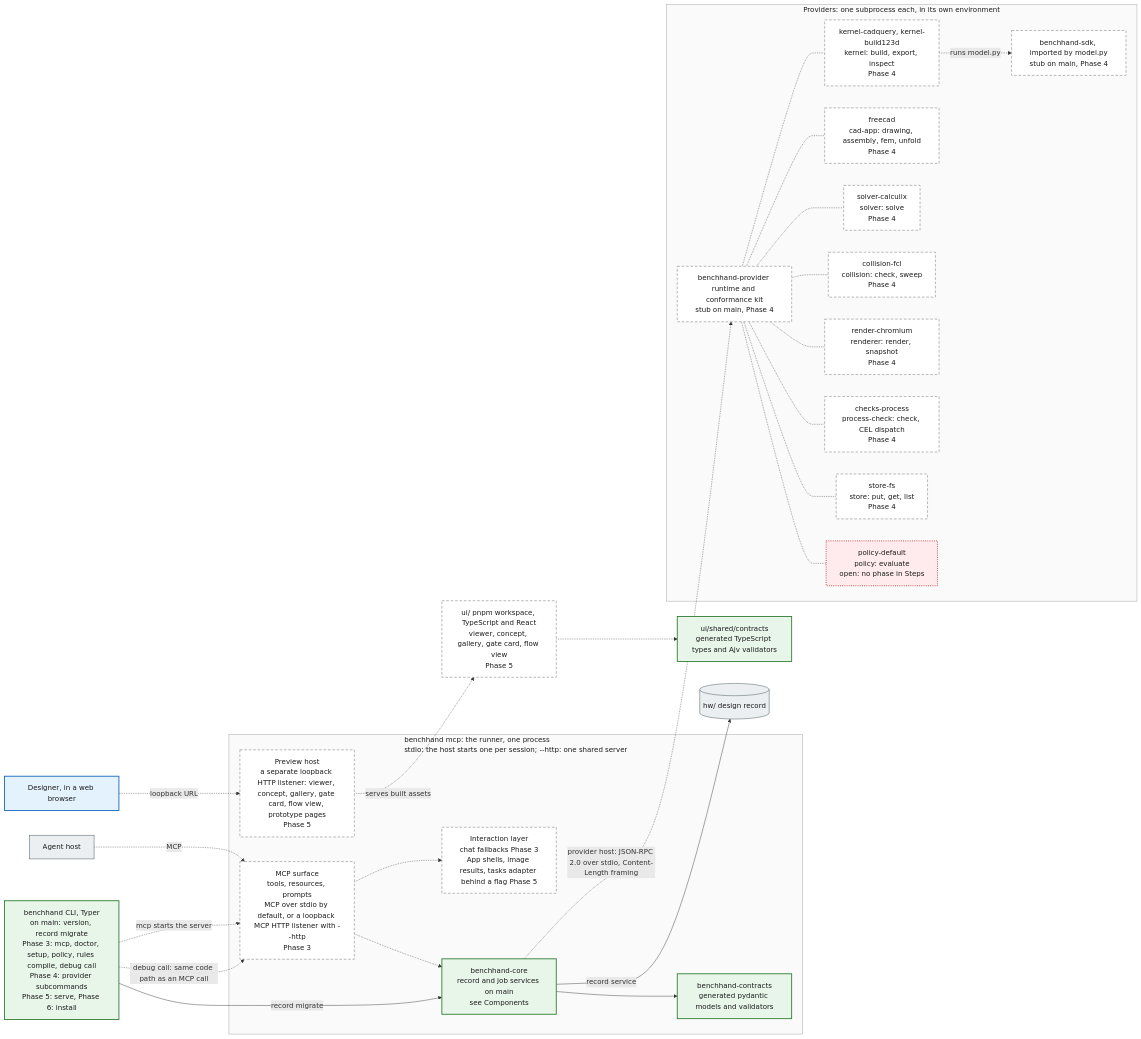
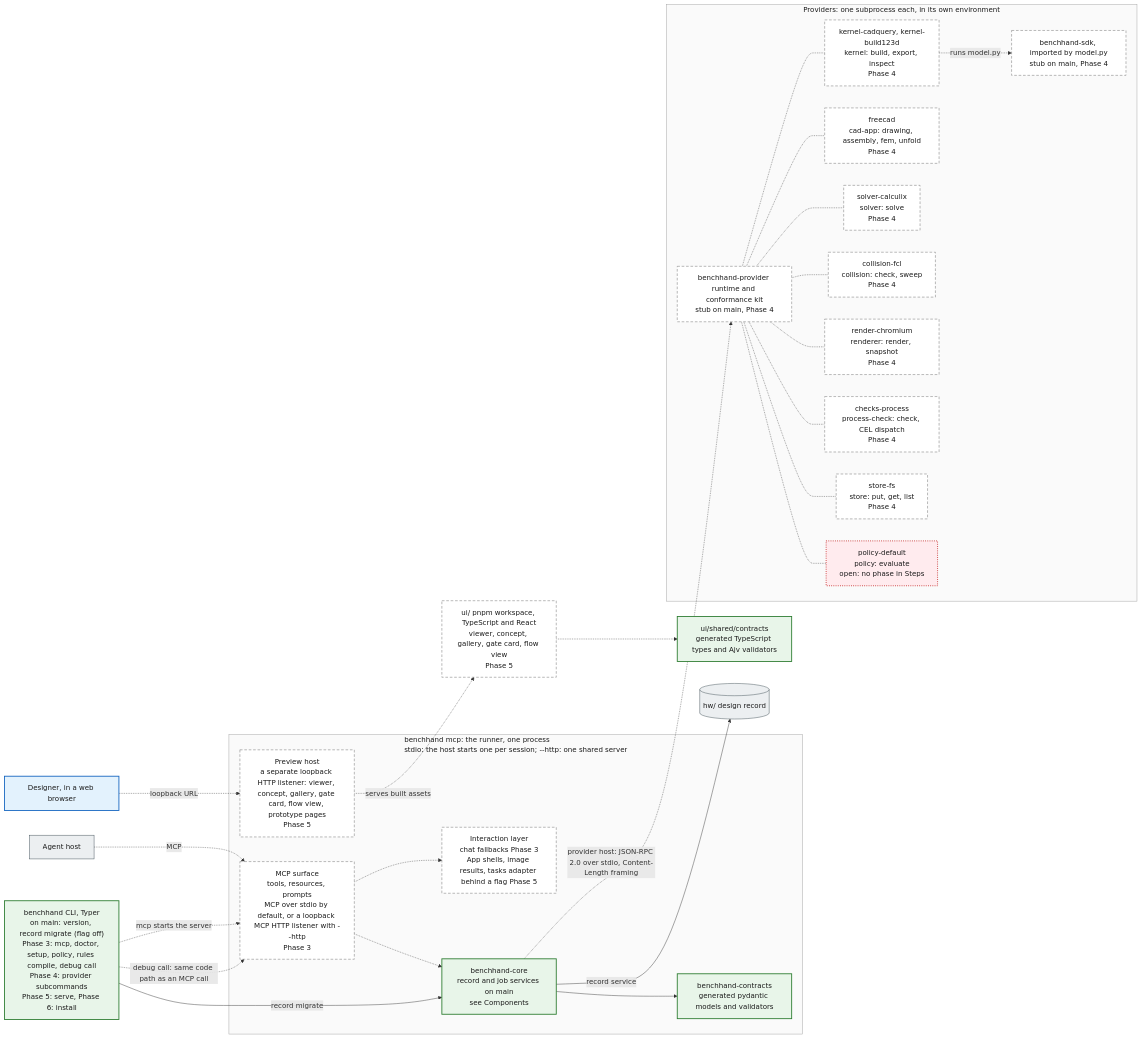
Before and after one commit to benchhand/benchhand-next: the first of 3 diagrams in docs/architecture/containers.md, drawn with Mermaid. The commit also changed other lines of this file and 11 other files, not shown here.

First line of the commit message:
docs: record migration is behind a flag and not offered at the first release

````diff
--- a/docs/architecture/containers.md
+++ b/docs/architecture/containers.md
@@ -8,57 +8,57 @@
 ```mermaid
 flowchart LR
   host["Agent host"]:::ext
   person["Designer, in a web browser"]:::person
 
   subgraph process["benchhand mcp: the runner, one process<br/>stdio: the host starts one per session; --http: one shared server"]
     surface["MCP surface<br/>tools, resources, prompts<br/>MCP over stdio by default, or a loopback MCP HTTP listener with --http<br/>Phase 3"]:::planned
     interaction["Interaction layer<br/>chat fallbacks Phase 3<br/>App shells, image results, tasks adapter behind a flag Phase 5"]:::planned
     preview["Preview host<br/>a separate loopback HTTP listener: viewer, concept, gallery, gate card, flow view, prototype pages<br/>Phase 5"]:::planned
     core["benchhand-core<br/>record and job services on main<br/>see Components"]:::impl
     contractsPkg["benchhand-contracts<br/>generated pydantic models and validators"]:::impl
   end
 
-  cli["benchhand CLI, Typer<br/>on main: version, record migrate<br/>Phase 3: mcp, doctor, setup, policy, rules compile, debug call<br/>Phase 4: provider subcommands<br/>Phase 5: serve, Phase 6: install"]:::impl
+  cli["benchhand CLI, Typer<br/>on main: version, record migrate (flag off)<br/>Phase 3: mcp, doctor, setup, policy, rules compile, debug call<br/>Phase 4: provider subcommands<br/>Phase 5: serve, Phase 6: install"]:::impl
 
   subgraph providers["Providers: one subprocess each, in its own environment"]
     providerRuntime["benchhand-provider runtime and conformance kit<br/>stub on main, Phase 4"]:::planned
     kernels["kernel-cadquery, kernel-build123d<br/>kernel: build, export, inspect<br/>Phase 4"]:::planned
     sdk["benchhand-sdk, imported by model.py<br/>stub on main, Phase 4"]:::planned
     freecadProvider["freecad<br/>cad-app: drawing, assembly, fem, unfold<br/>Phase 4"]:::planned
     solver["solver-calculix<br/>solver: solve<br/>Phase 4"]:::planned
     collision["collision-fcl<br/>collision: check, sweep<br/>Phase 4"]:::planned
     renderer["render-chromium<br/>renderer: render, snapshot<br/>Phase 4"]:::planned
     checks["checks-process<br/>process-check: check, CEL dispatch<br/>Phase 4"]:::planned
     store["store-fs<br/>store: put, get, list<br/>Phase 4"]:::planned
     policy["policy-default<br/>policy: evaluate<br/>open: no phase in Steps"]:::open
   end
 
   ui["ui/ pnpm workspace, TypeScript and React<br/>viewer, concept, gallery, gate card, flow view<br/>Phase 5"]:::planned
   uiShared["ui/shared/contracts<br/>generated TypeScript types and Ajv validators"]:::impl
   hw[("hw/ design record")]:::ext
 
   host -.->|"MCP"| surface
   surface -.-> interaction
   surface -.-> core
   person -.->|"loopback URL"| preview
   preview -.->|"serves built assets"| ui
   ui -.-> uiShared
   cli -.->|"mcp starts the server"| surface
   cli -.->|"debug call: same code path as an MCP call"| surface
   cli -->|"record migrate"| core
   core --> contractsPkg
   core -->|"record service"| hw
   core -.->|"provider host: JSON-RPC 2.0 over stdio, Content-Length framing"| providerRuntime
   providerRuntime -.- kernels & freecadProvider & solver & collision & renderer & checks & store & policy
   kernels -.->|"runs model.py"| sdk
 
   style process fill:#fafafa,stroke:#9e9e9e,color:#1b1b1b
   style providers fill:#fafafa,stroke:#9e9e9e,color:#1b1b1b
 
   classDef impl fill:#e8f5e9,stroke:#2e7d32,stroke-width:2px,color:#1b1b1b
   classDef review fill:#fff3e0,stroke:#e65100,stroke-width:2px,stroke-dasharray:6 4,color:#1b1b1b
   classDef planned fill:#ffffff,stroke:#616161,stroke-width:1px,stroke-dasharray:6 4,color:#1b1b1b
   classDef open fill:#ffebee,stroke:#c62828,stroke-width:2px,stroke-dasharray:2 3,color:#1b1b1b
   classDef ext fill:#eceff1,stroke:#37474f,stroke-width:1px,color:#1b1b1b
   classDef person fill:#e3f2fd,stroke:#1565c0,stroke-width:2px,color:#1b1b1b
 ```
````
